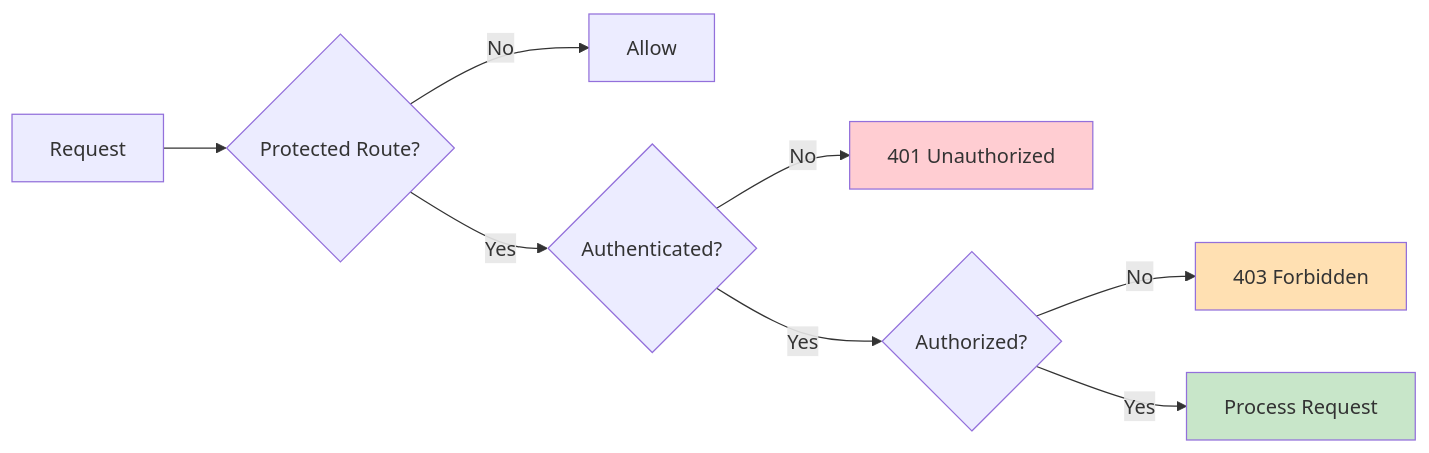
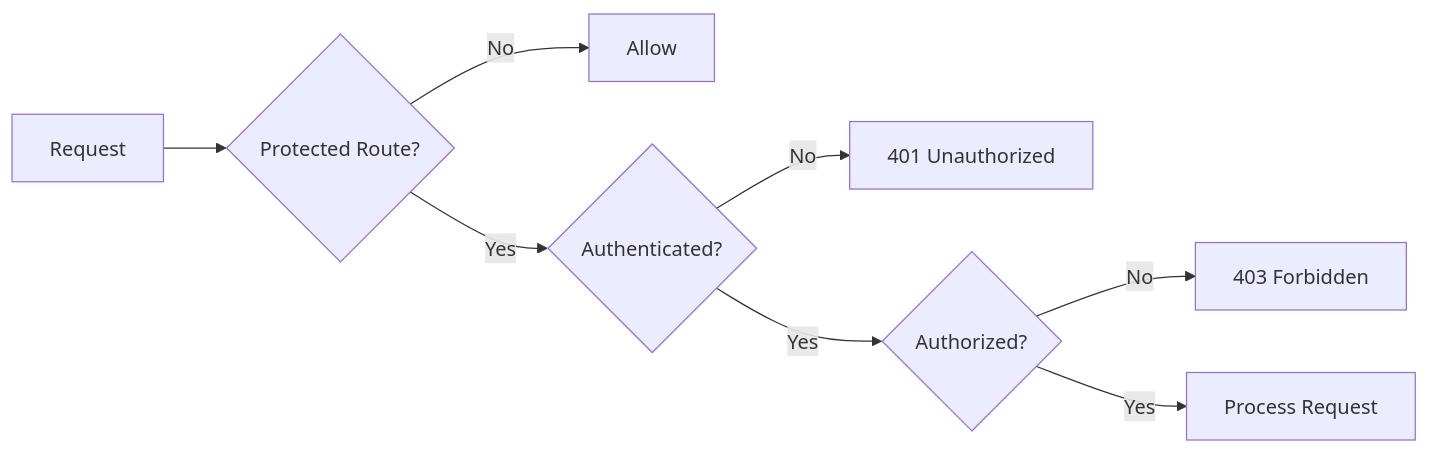
The fourth of 7 diagrams in docs/architecture/index.md (peterbud/nuxt-aegis), drawn with Mermaid before and after one commit. The commit also changed other lines of this file and 7 other files, not shown here.

Commit message:
feat(docs): add mermaid rendering

````diff
--- a/docs/architecture/index.md
+++ b/docs/architecture/index.md
@@ -108,14 +101,10 @@
 ```mermaid
 graph LR
     A[Request] --> B{Protected Route?}
     B -->|No| C[Allow]
     B -->|Yes| D{Authenticated?}
     D -->|No| E[401 Unauthorized]
     D -->|Yes| F{Authorized?}
     F -->|No| G[403 Forbidden]
     F -->|Yes| H[Process Request]
-    
-    style E fill:#FFCDD2
-    style G fill:#FFE0B2
-    style H fill:#C8E6C9
 ```
````
